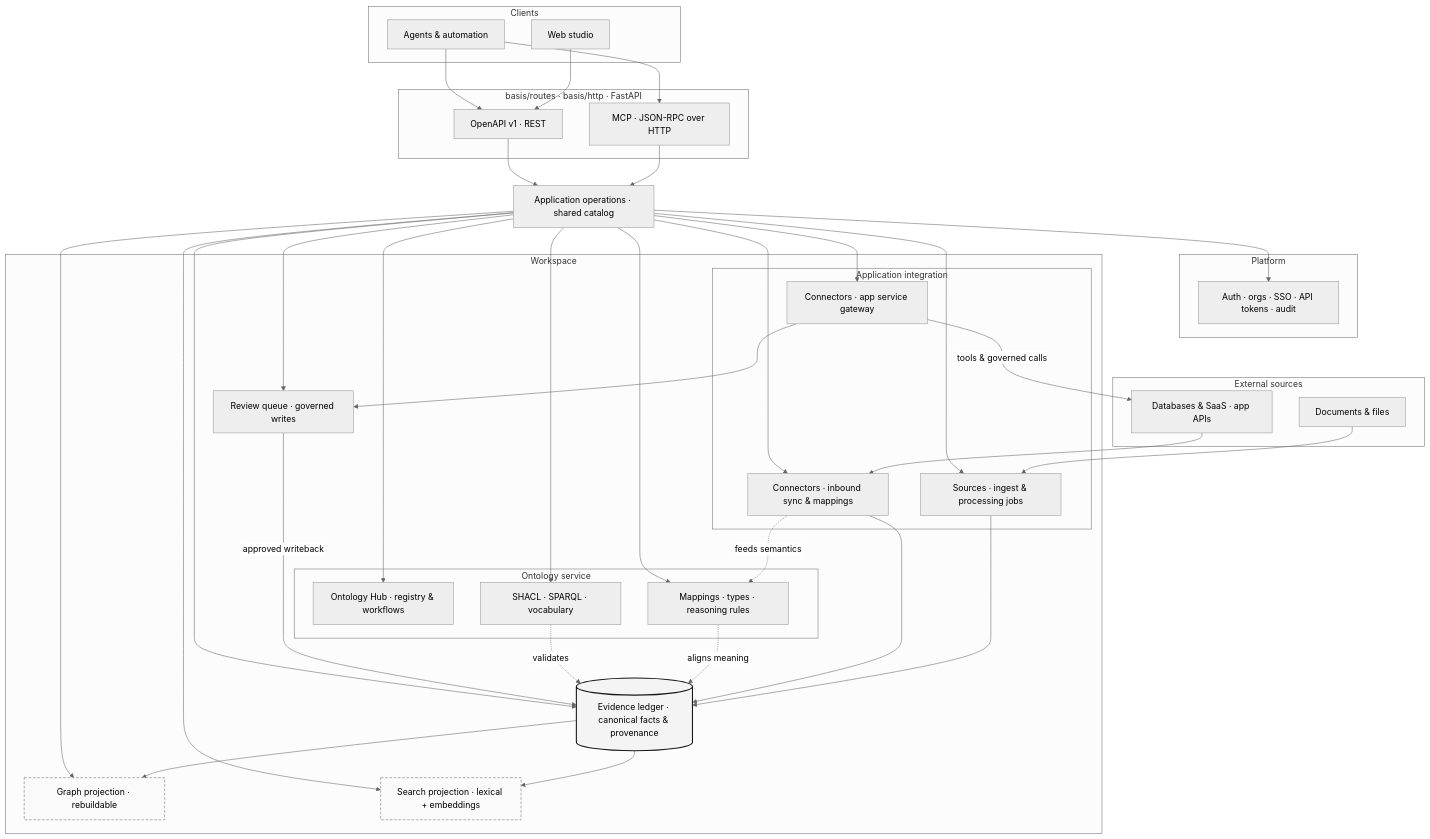
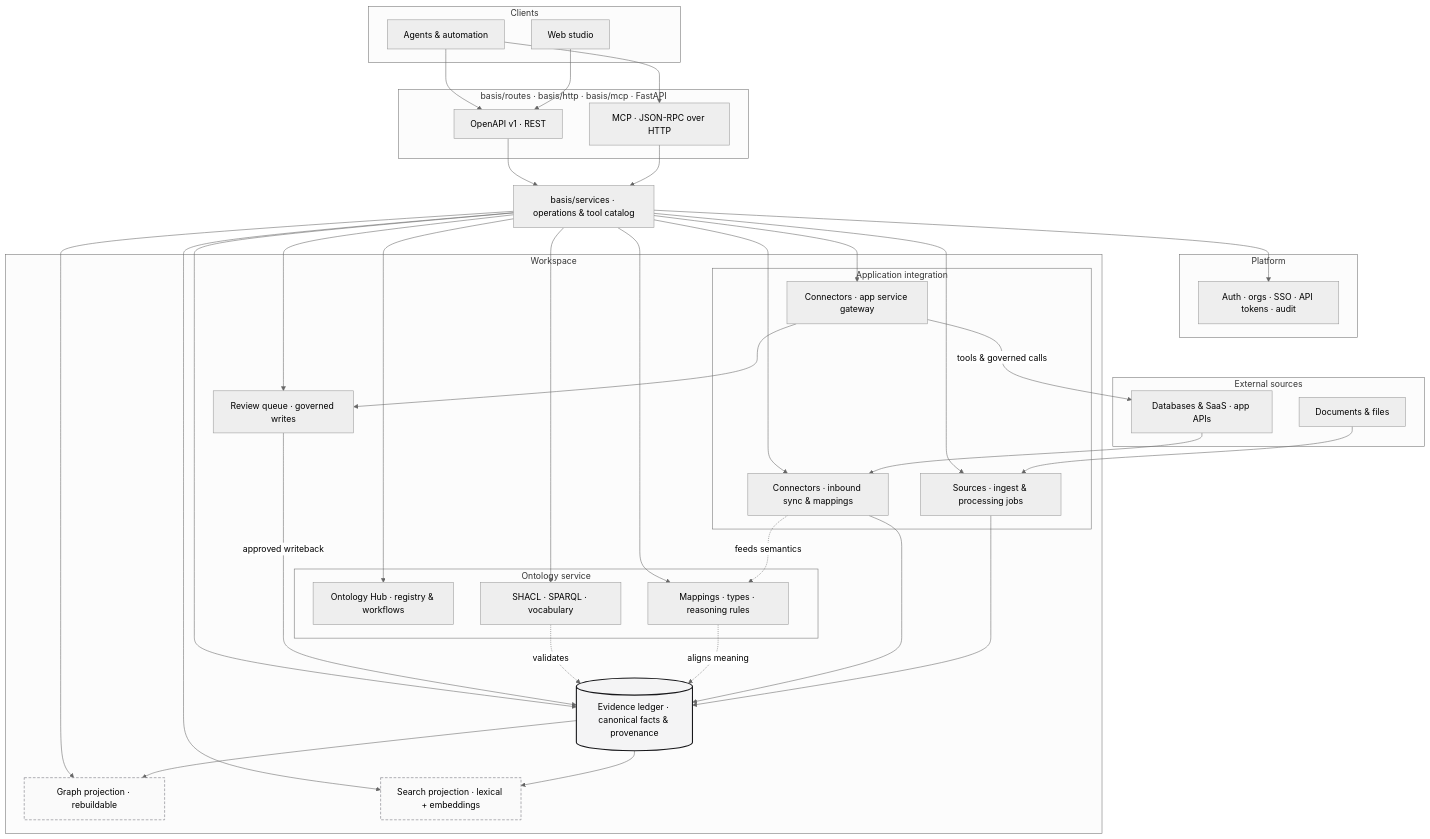
One commit to coldbuffer/basis changed the diagram in README.md. Above: the diagram before and after it, drawn with Mermaid (neutral theme). The commit also changed 1 other file, not shown here.

Commit message:
docs(readme): align architecture diagram with routes, http, mcp, and services

````diff
--- a/README.md
+++ b/README.md
@@ -60,78 +60,78 @@
 ```mermaid
 flowchart TB
   subgraph external["External sources"]
     docs["Documents & files"]
     systems["Databases & SaaS · app APIs"]
   end
 
   subgraph clients["Clients"]
     studio["Web studio"]
     agents["Agents & automation"]
   end
 
-  subgraph apiLayer["basis/routes · basis/http · FastAPI"]
+  subgraph apiLayer["basis/routes · basis/http · basis/mcp · FastAPI"]
     rest["OpenAPI v1 · REST"]
     mcp["MCP · JSON-RPC over HTTP"]
   end
 
-  ops["Application operations · shared catalog"]
+  ops["basis/services · operations & tool catalog"]
 
   subgraph platform["Platform"]
     plat["Auth · orgs · SSO · API tokens · audit"]
   end
 
   subgraph workspace["Workspace"]
     subgraph integration["Application integration"]
       sources["Sources · ingest & processing jobs"]
       connSync["Connectors · inbound sync & mappings"]
       connGw["Connectors · app service gateway"]
     end
 
     subgraph ontologySvc["Ontology service"]
       hub["Ontology Hub · registry & workflows"]
       govern["SHACL · SPARQL · vocabulary"]
       maps["Mappings · types · reasoning rules"]
     end
 
     ledger[("Evidence ledger · canonical facts & provenance")]
     review["Review queue · governed writes"]
     graphProj["Graph projection · rebuildable"]
     searchProj["Search projection · lexical + embeddings"]
   end
 
   docs --> sources
   systems --> connSync
   sources --> ledger
   connSync --> ledger
   connSync -.->|"feeds semantics"| maps
   maps -.->|"aligns meaning"| ledger
   govern -.->|"validates"| ledger
   ledger --> graphProj
   ledger --> searchProj
 
   agents --> mcp
   mcp --> ops
   ops --> connGw
   connGw -->|"tools & governed calls"| systems
   connGw --> review
   review -->|"approved writeback"| ledger
 
   studio --> rest
   agents --> rest
   rest --> ops
   ops --> plat
   ops --> sources
   ops --> connSync
   ops --> hub
   ops --> govern
   ops --> maps
   ops --> ledger
   ops --> graphProj
   ops --> searchProj
   ops --> review
 
   classDef canonical fill:#f4f4f5,stroke:#18181b,stroke-width:2px
   classDef projection fill:#fafafa,stroke:#71717a,stroke-dasharray: 5 3
   class ledger canonical
   class graphProj,searchProj projection
 ```
````
